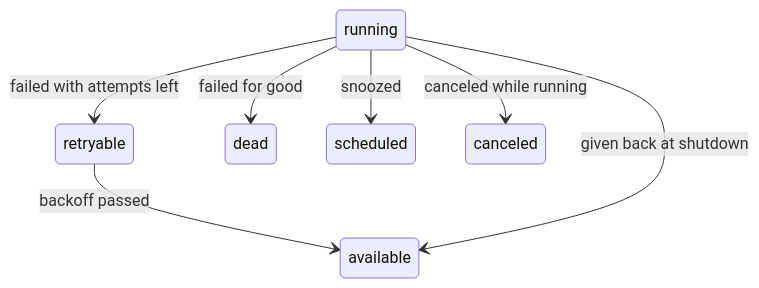
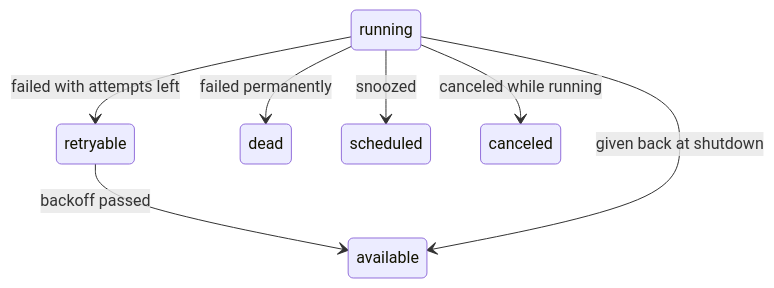
Before and after one commit to code19m/taskmill: the second of 2 diagrams in docs/concepts/task-lifecycle.md, drawn with Mermaid. The commit also changed other lines of this file and 125 other files, not shown here.

````diff
--- a/docs/concepts/task-lifecycle.md
+++ b/docs/concepts/task-lifecycle.md
@@ -43,9 +43,9 @@
 ```mermaid
 stateDiagram-v2
     running --> retryable: failed with attempts left
     retryable --> available: backoff passed
-    running --> dead: failed for good
+    running --> dead: failed permanently
     running --> scheduled: snoozed
     running --> available: given back at shutdown
     running --> canceled: canceled while running
 ```
````
